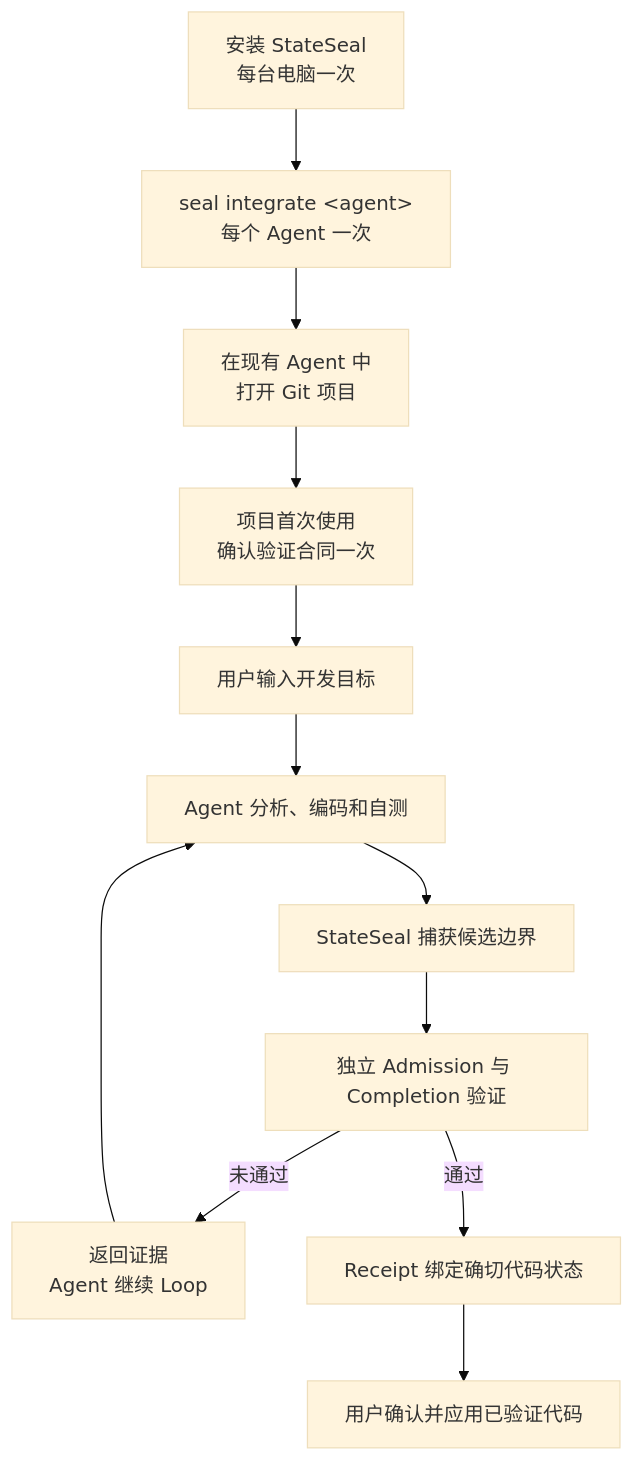
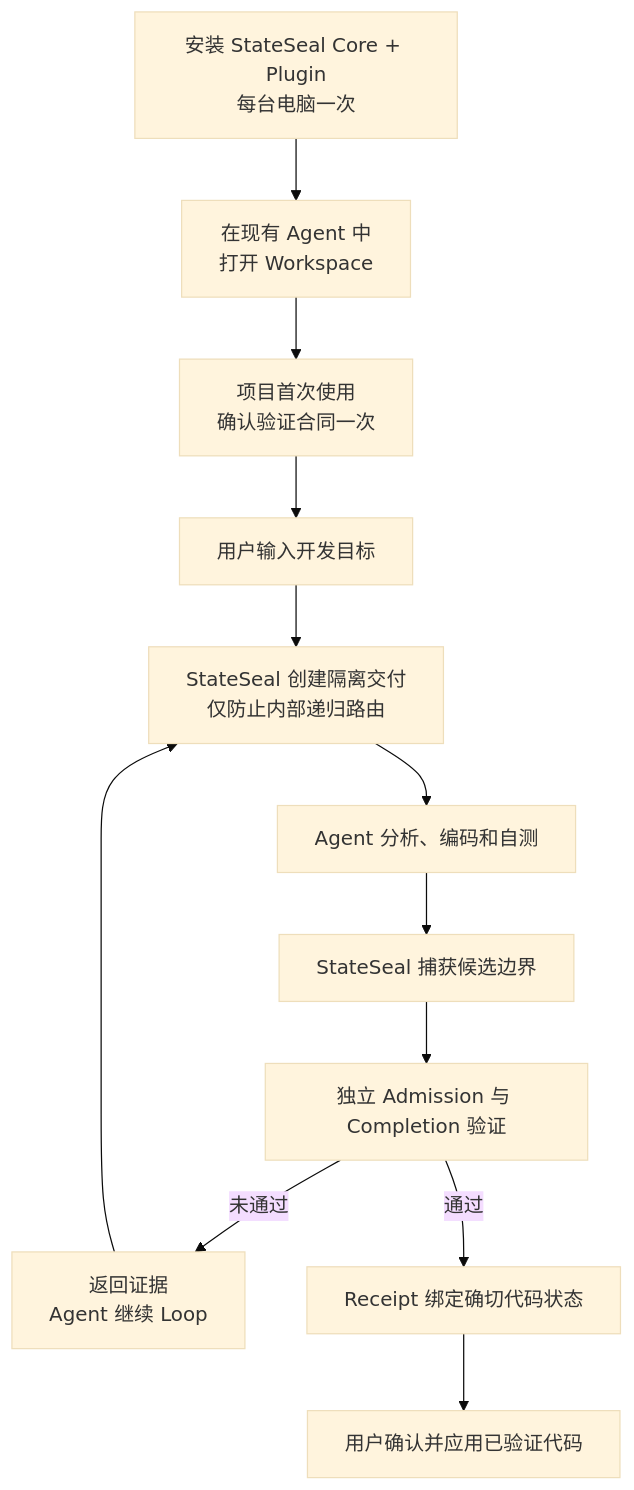
One commit to hellogxp/stateseal changed the first of 2 diagrams in docs/zh-CN/product-map.md. Above: the diagram before and after it, drawn with Mermaid (base theme). The commit also changed other lines of this file and 39 other files, not shown here.

````diff
--- a/docs/zh-CN/product-map.md
+++ b/docs/zh-CN/product-map.md
@@ -11,14 +11,14 @@
 ```mermaid
 flowchart TD
-    A["安装 StateSeal<br/>每台电脑一次"] --> B["seal integrate &lt;agent&gt;<br/>每个 Agent 一次"]
-    B --> C["在现有 Agent 中<br/>打开 Git 项目"]
+    A["安装 StateSeal Core + Plugin<br/>每台电脑一次"] --> C["在现有 Agent 中<br/>打开 Workspace"]
     C --> D["项目首次使用<br/>确认验证合同一次"]
     D --> E["用户输入开发目标"]
-    E --> F["Agent 分析、编码和自测"]
-    F --> G["StateSeal 捕获候选边界"]
+    E --> F["StateSeal 创建隔离交付<br/>仅防止内部递归路由"]
+    F --> F2["Agent 分析、编码和自测"]
+    F2 --> G["StateSeal 捕获候选边界"]
     G --> H["独立 Admission 与 Completion 验证"]
     H -->|未通过| I["返回证据<br/>Agent 继续 Loop"]
     I --> F
     H -->|通过| J["Receipt 绑定确切代码状态"]
     J --> K["用户确认并应用已验证代码"]
 ```
````
